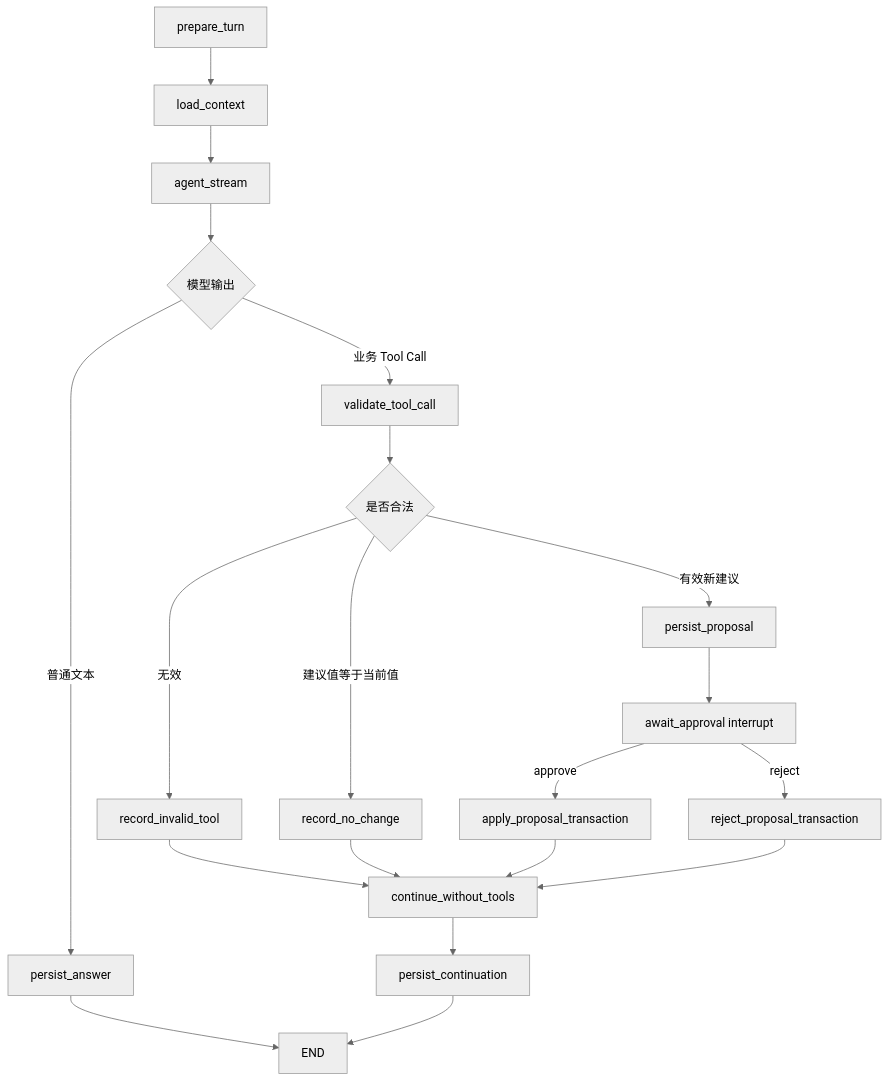
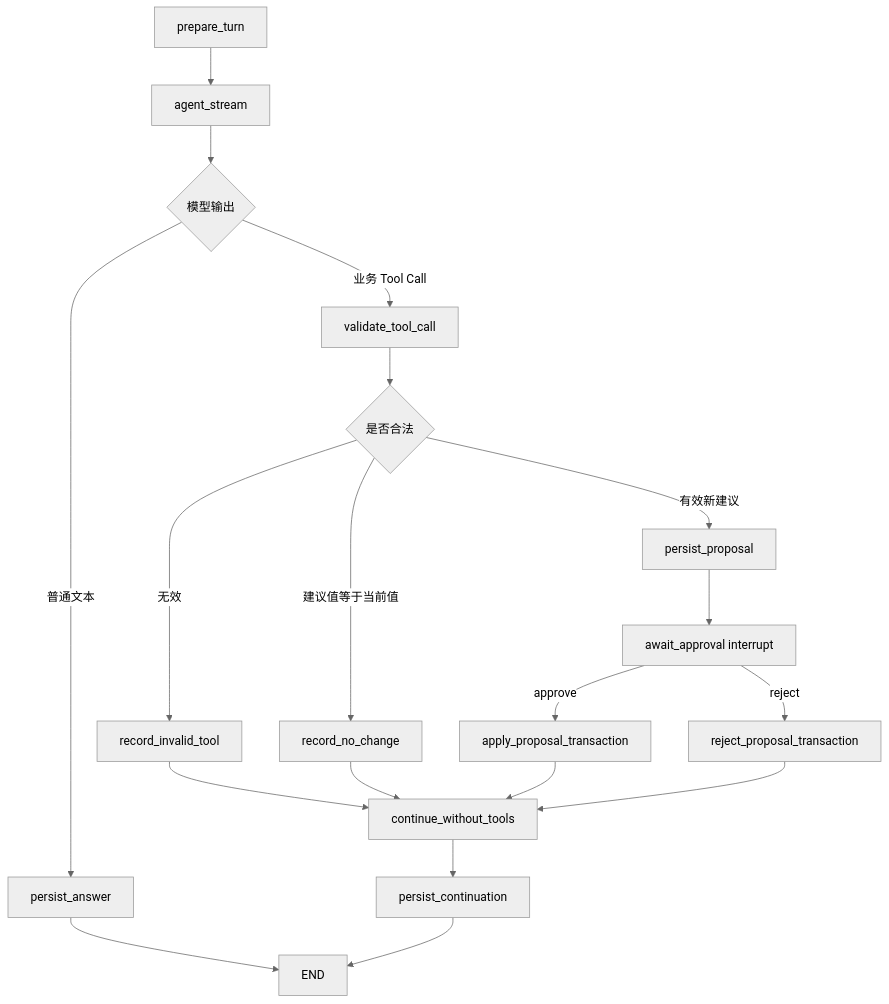
The diagram in docs/superpowers/specs/2026-08-01-experience-adapter-design.zh-CN.md (Strel1tz1a02/ResumeAgent), drawn with Mermaid (neutral theme) before and after one commit. The commit also changed other lines of this file and 253 other files, not shown here.

````diff
--- a/docs/superpowers/specs/2026-08-01-experience-adapter-design.zh-CN.md
+++ b/docs/superpowers/specs/2026-08-01-experience-adapter-design.zh-CN.md
@@ -426,29 +426,28 @@
 ```mermaid
 flowchart TD
-    A["prepare_turn"] --> B["load_context"]
-    B --> C["agent_stream"]
-    C --> D{"模型输出"}
+    A["prepare_turn"] --> B["agent_stream"]
+    B --> C{"模型输出"}
 
-    D -->|"普通文本"| E["persist_answer"]
-    E --> Z["END"]
+    C -->|"普通文本"| D["persist_answer"]
+    D --> Z["END"]
 
-    D -->|"业务 Tool Call"| F["validate_tool_call"]
-    F --> G{"是否合法"}
+    C -->|"业务 Tool Call"| E["validate_tool_call"]
+    E --> F{"是否合法"}
 
-    G -->|"无效"| H["record_invalid_tool"]
-    H --> O["continue_without_tools"]
+    F -->|"无效"| G["record_invalid_tool"]
+    G --> N["continue_without_tools"]
 
-    G -->|"建议值等于当前值"| J["record_no_change"]
-    J --> O
+    F -->|"建议值等于当前值"| H["record_no_change"]
+    H --> N
 
-    G -->|"有效新建议"| K["persist_proposal"]
-    K --> L["await_approval interrupt"]
+    F -->|"有效新建议"| I["persist_proposal"]
+    I --> J["await_approval interrupt"]
 
-    L -->|"approve"| M["apply_proposal_transaction"]
-    L -->|"reject"| N["reject_proposal_transaction"]
+    J -->|"approve"| K["apply_proposal_transaction"]
+    J -->|"reject"| L["reject_proposal_transaction"]
 
-    M --> O
-    N --> O
-    O --> P["persist_continuation"]
-    P --> Z
+    K --> N
+    L --> N
+    N --> O["persist_continuation"]
+    O --> Z
 ```
````
